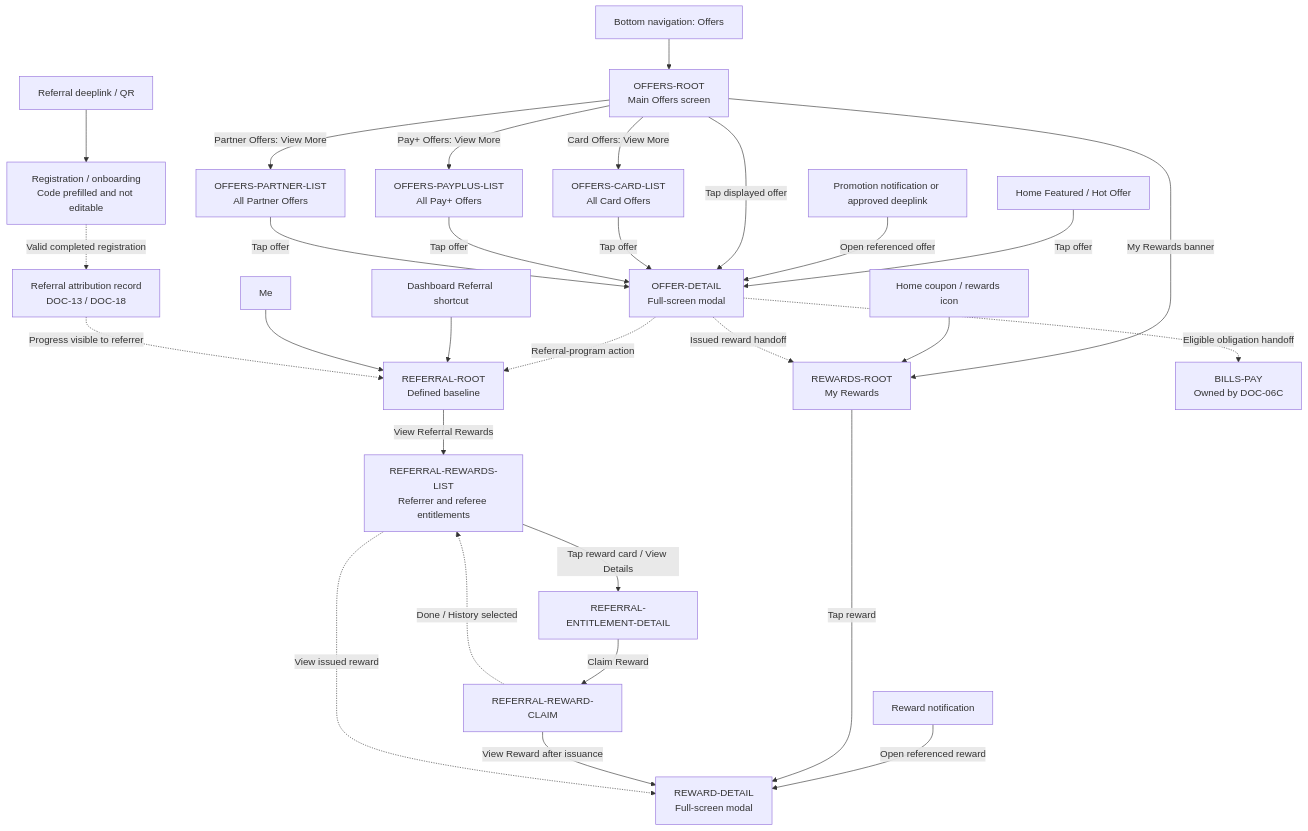
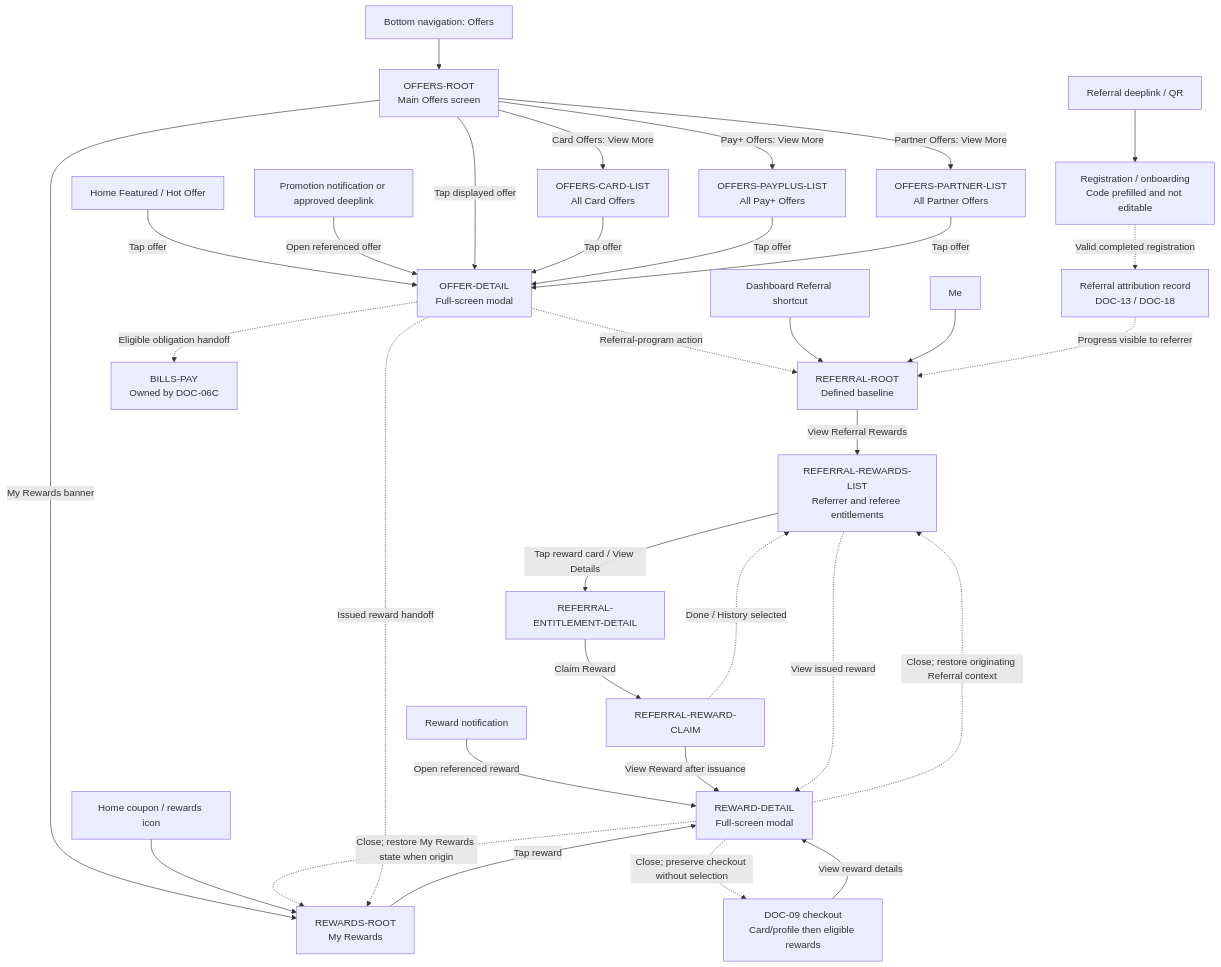
Before and after one commit to adminpayplus/payplus-docs: the seventh of 7 diagrams in docs/diagrams/payplus-app-route-entry-map.md, drawn with Mermaid. The commit also changed 15 other files, not shown here.

````diff
--- a/docs/diagrams/payplus-app-route-entry-map.md
+++ b/docs/diagrams/payplus-app-route-entry-map.md
@@ -219,36 +219,40 @@
 ```mermaid
 flowchart TD
   NAV["Bottom navigation: Offers"] --> OROOT["OFFERS-ROOT<br/>Main Offers screen"]
   FEATURED["Home Featured / Hot Offer"] -->|"Tap offer"| ODETAIL["OFFER-DETAIL<br/>Full-screen modal"]
   PROMONOTIF["Promotion notification or approved deeplink"] -->|"Open referenced offer"| ODETAIL
 
   OROOT -->|"Tap displayed offer"| ODETAIL
   OROOT -->|"Card Offers: View More"| CARDLIST["OFFERS-CARD-LIST<br/>All Card Offers"]
   OROOT -->|"Pay+ Offers: View More"| PAYPLUSLIST["OFFERS-PAYPLUS-LIST<br/>All Pay+ Offers"]
   OROOT -->|"Partner Offers: View More"| PARTNERLIST["OFFERS-PARTNER-LIST<br/>All Partner Offers"]
   CARDLIST -->|"Tap offer"| ODETAIL
   PAYPLUSLIST -->|"Tap offer"| ODETAIL
   PARTNERLIST -->|"Tap offer"| ODETAIL
 
   OROOT -->|"My Rewards banner"| REWARDS["REWARDS-ROOT<br/>My Rewards"]
   REWARDICON["Home coupon / rewards icon"] --> REWARDS
   REWARDNOTIF["Reward notification"] -->|"Open referenced reward"| RDETAIL["REWARD-DETAIL<br/>Full-screen modal"]
   REWARDS -->|"Tap reward"| RDETAIL
+  RDETAIL -. "Close; restore My Rewards state when origin" .-> REWARDS
+  CHECKOUT["DOC-09 checkout<br/>Card/profile then eligible rewards"] -->|"View reward details"| RDETAIL
+  RDETAIL -. "Close; preserve checkout without selection" .-> CHECKOUT
 
   ODETAIL -. "Referral-program action" .-> REFERRAL
   REFSHORTCUT["Dashboard Referral shortcut"] --> REFERRAL["REFERRAL-ROOT<br/>Defined baseline"]
   ME["Me"] --> REFERRAL
   REFERRAL -->|"View Referral Rewards"| REFLIST["REFERRAL-REWARDS-LIST<br/>Referrer and referee entitlements"]
   REFLIST -->|"Tap reward card / View Details"| REFDETAIL["REFERRAL-ENTITLEMENT-DETAIL"]
   REFDETAIL -->|"Claim Reward"| REFCLAIM["REFERRAL-REWARD-CLAIM"]
   REFCLAIM -->|"View Reward after issuance"| RDETAIL
   REFCLAIM -. "Done / History selected" .-> REFLIST
   REFLIST -. "View issued reward" .-> RDETAIL
+  RDETAIL -. "Close; restore originating Referral context" .-> REFLIST
 
   REFLINK["Referral deeplink / QR"] --> REGISTRATION["Registration / onboarding<br/>Code prefilled and not editable"]
   REGISTRATION -. "Valid completed registration" .-> ATTRIBUTION["Referral attribution record<br/>DOC-13 / DOC-18"]
   ATTRIBUTION -. "Progress visible to referrer" .-> REFERRAL
 
   ODETAIL -. "Issued reward handoff" .-> REWARDS
   ODETAIL -. "Eligible obligation handoff" .-> BPAY["BILLS-PAY<br/>Owned by DOC-06C"]
 ```
````
